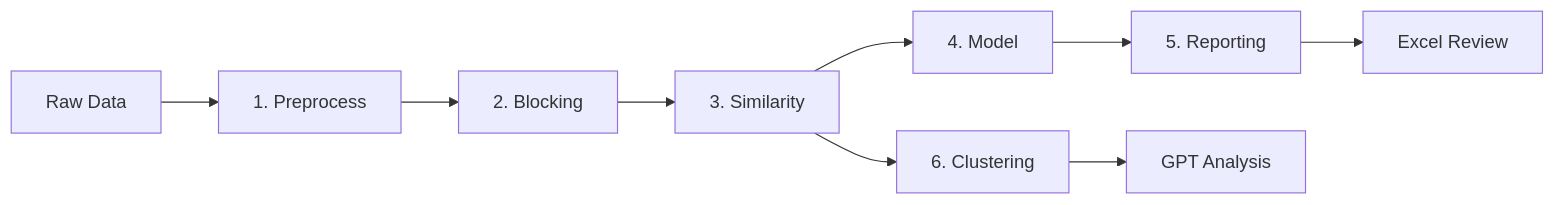
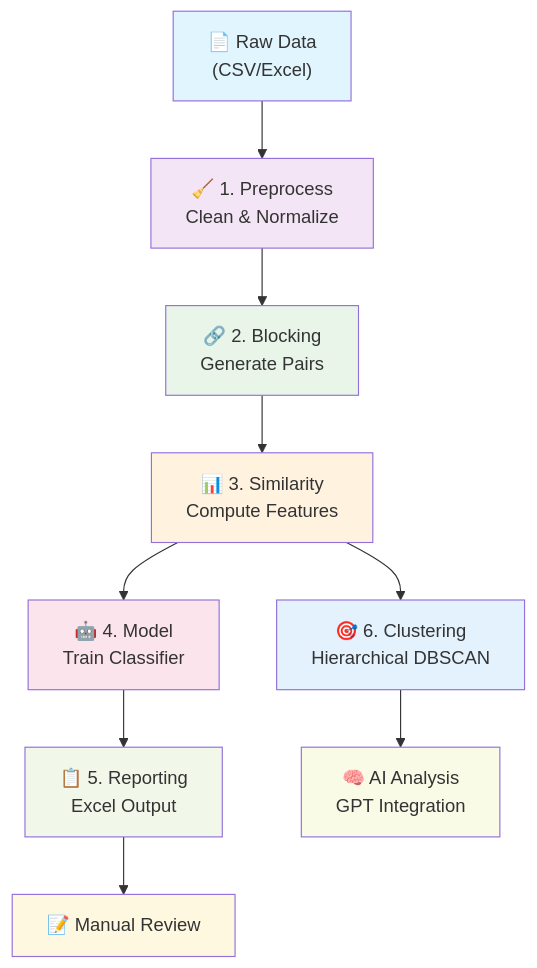
The diagram in README.md (captainminh1999/record-deduplication), drawn with Mermaid before and after one commit. The commit also changed other lines of this file and 27 other files, not shown here.

````diff
--- a/README.md
+++ b/README.md
@@ -55,11 +58,21 @@
 ```mermaid
-graph LR
-    A[Raw Data] --> B[1. Preprocess]
-    B --> C[2. Blocking]
-    C --> D[3. Similarity]
-    D --> E[4. Model]
-    E --> F[5. Reporting]
-    D --> G[6. Clustering]
-    F --> H[Excel Review]
-    G --> I[GPT Analysis]
+graph TD
+    A["📄 Raw Data<br/>(CSV/Excel)"] --> B["🧹 1. Preprocess<br/>Clean & Normalize"]
+    B --> C["🔗 2. Blocking<br/>Generate Pairs"]
+    C --> D["📊 3. Similarity<br/>Compute Features"]
+    D --> E["🤖 4. Model<br/>Train Classifier"]
+    D --> G["🎯 6. Clustering<br/>Hierarchical DBSCAN"]
+    E --> F["📋 5. Reporting<br/>Excel Output"]
+    F --> H["📝 Manual Review"]
+    G --> I["🧠 AI Analysis<br/>GPT Integration"]
+    
+    style A fill:#e1f5fe
+    style B fill:#f3e5f5
+    style C fill:#e8f5e8
+    style D fill:#fff3e0
+    style E fill:#fce4ec
+    style F fill:#f1f8e9
+    style G fill:#e3f2fd
+    style H fill:#fff8e1
+    style I fill:#f9fbe7
 ```
````
